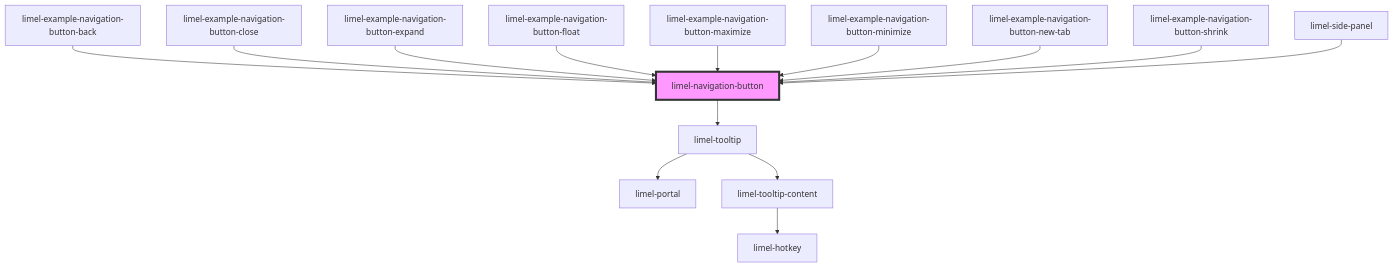
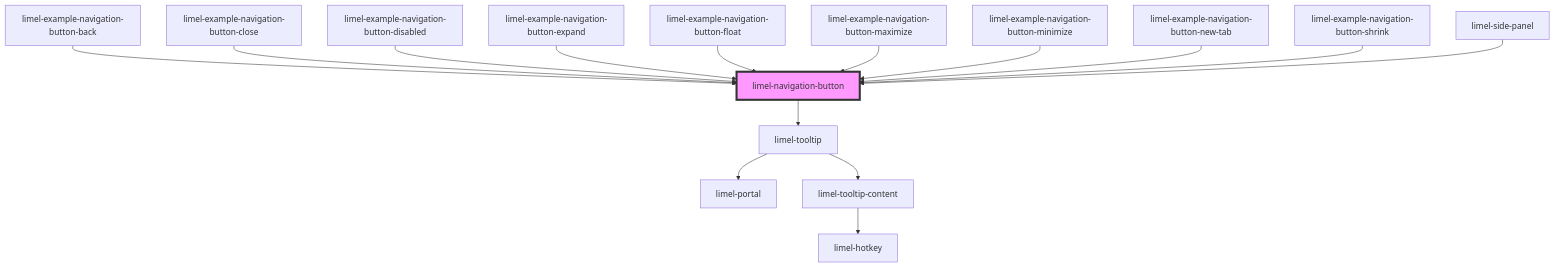
Before and after one commit to Lundalogik/lime-elements: the diagram in versions/PR-4502/markdown-docs/components/navigation-button/readme.md, drawn with Mermaid. The commit also changed other lines of this file and 625 other files, not shown here.

````diff
--- a/versions/PR-4502/markdown-docs/components/navigation-button/readme.md
+++ b/versions/PR-4502/markdown-docs/components/navigation-button/readme.md
@@ -52,17 +70,18 @@
 ```mermaid
 graph TD;
   limel-navigation-button --> limel-tooltip
   limel-tooltip --> limel-portal
   limel-tooltip --> limel-tooltip-content
   limel-tooltip-content --> limel-hotkey
   limel-example-navigation-button-back --> limel-navigation-button
   limel-example-navigation-button-close --> limel-navigation-button
+  limel-example-navigation-button-disabled --> limel-navigation-button
   limel-example-navigation-button-expand --> limel-navigation-button
   limel-example-navigation-button-float --> limel-navigation-button
   limel-example-navigation-button-maximize --> limel-navigation-button
   limel-example-navigation-button-minimize --> limel-navigation-button
   limel-example-navigation-button-new-tab --> limel-navigation-button
   limel-example-navigation-button-shrink --> limel-navigation-button
   limel-side-panel --> limel-navigation-button
   style limel-navigation-button fill:#f9f,stroke:#333,stroke-width:4px
 ```
````
